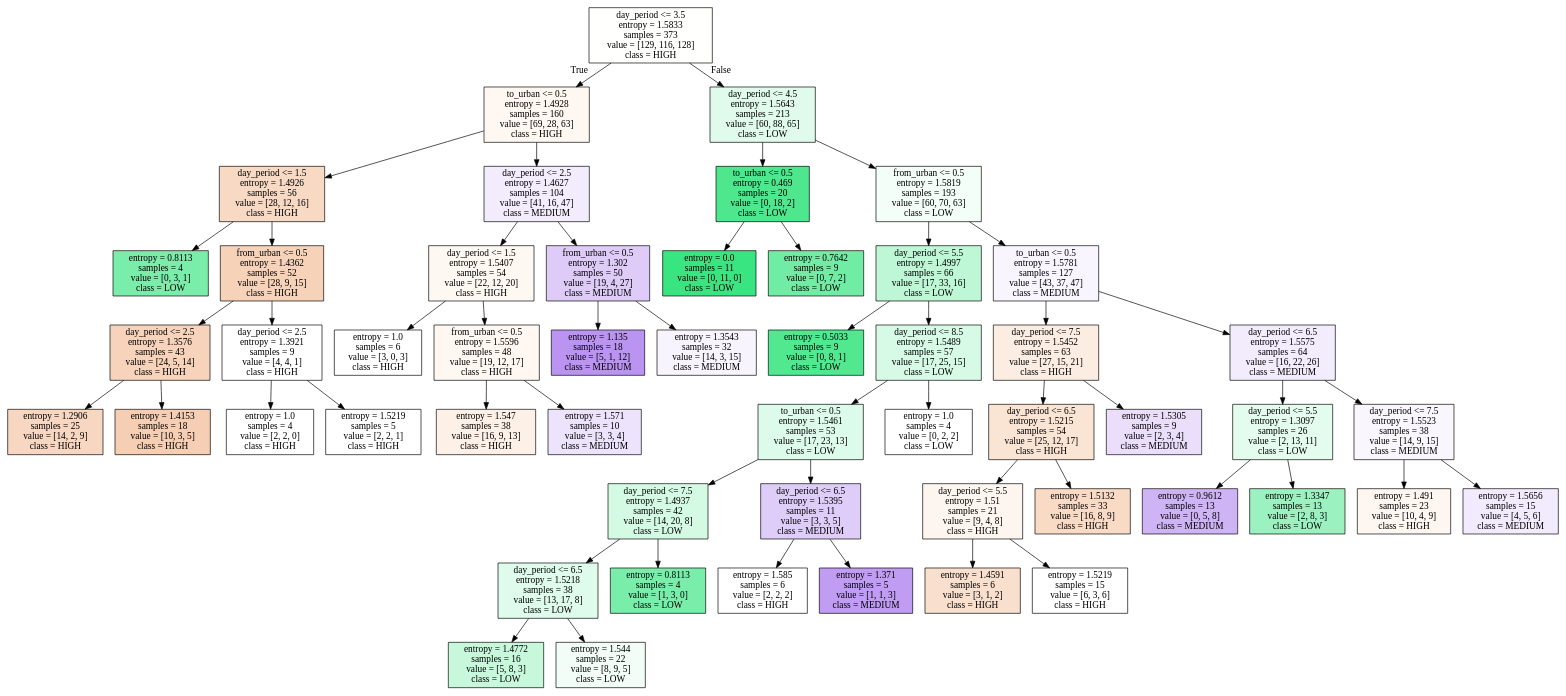
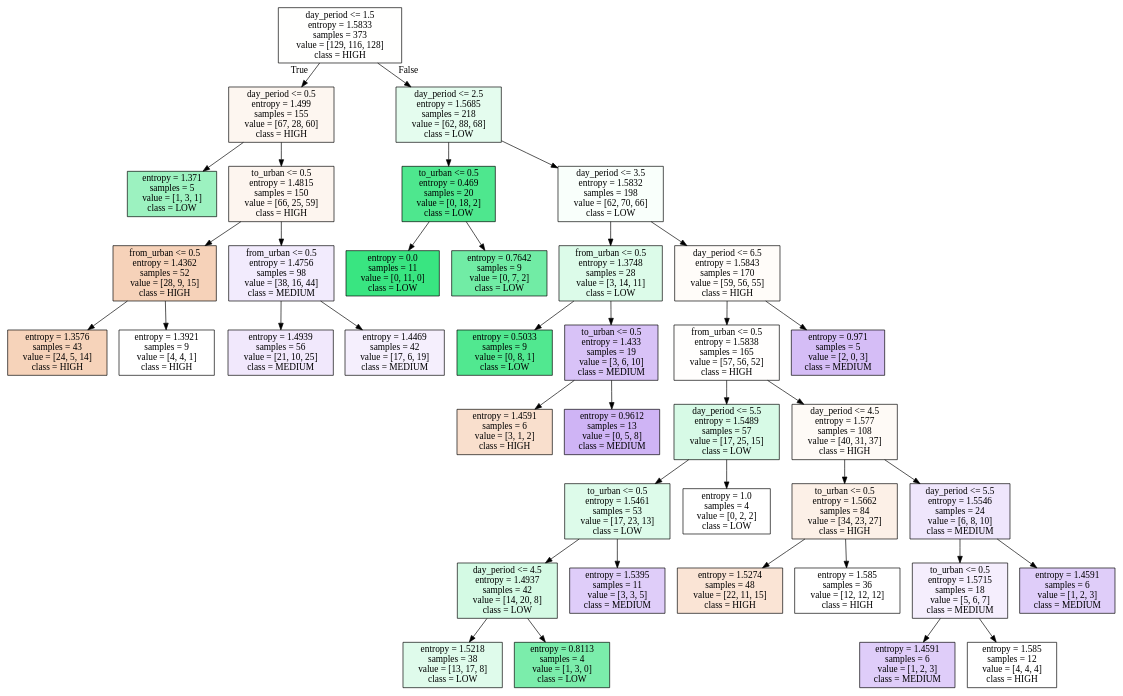
Before and after one commit to alexdaube/BelgianTrainsOccupancy: the diagram in MONDAY_iris.dot, drawn with Graphviz. The commit also changed 15 other files, not shown here.

```diff
--- a/MONDAY_iris.dot
+++ b/MONDAY_iris.dot
@@ -1,108 +1,80 @@
 digraph Tree {
 node [shape=box, style="filled", color="black"] ;
-0 [label="day_period <= 3.5\nentropy = 1.5833\nsamples = 373\nvalue = [129, 116, 128]\nclass = HIGH", fillcolor="#e5813901"] ;
-1 [label="to_urban <= 0.5\nentropy = 1.4928\nsamples = 160\nvalue = [69, 28, 63]\nclass = HIGH", fillcolor="#e5813910"] ;
+0 [label="day_period <= 1.5\nentropy = 1.5833\nsamples = 373\nvalue = [129, 116, 128]\nclass = HIGH", fillcolor="#e5813901"] ;
+1 [label="day_period <= 0.5\nentropy = 1.499\nsamples = 155\nvalue = [67, 28, 60]\nclass = HIGH", fillcolor="#e5813913"] ;
 0 -> 1 [labeldistance=2.5, labelangle=45, headlabel="True"] ;
-2 [label="day_period <= 1.5\nentropy = 1.4926\nsamples = 56\nvalue = [28, 12, 16]\nclass = HIGH", fillcolor="#e581394c"] ;
+2 [label="entropy = 1.371\nsamples = 5\nvalue = [1, 3, 1]\nclass = LOW", fillcolor="#39e5817f"] ;
 1 -> 2 ;
-3 [label="entropy = 0.8113\nsamples = 4\nvalue = [0, 3, 1]\nclass = LOW", fillcolor="#39e581aa"] ;
-2 -> 3 ;
+3 [label="to_urban <= 0.5\nentropy = 1.4815\nsamples = 150\nvalue = [66, 25, 59]\nclass = HIGH", fillcolor="#e5813914"] ;
+1 -> 3 ;
 4 [label="from_urban <= 0.5\nentropy = 1.4362\nsamples = 52\nvalue = [28, 9, 15]\nclass = HIGH", fillcolor="#e581395a"] ;
-2 -> 4 ;
-5 [label="day_period <= 2.5\nentropy = 1.3576\nsamples = 43\nvalue = [24, 5, 14]\nclass = HIGH", fillcolor="#e5813958"] ;
+3 -> 4 ;
+5 [label="entropy = 1.3576\nsamples = 43\nvalue = [24, 5, 14]\nclass = HIGH", fillcolor="#e5813958"] ;
 4 -> 5 ;
-6 [label="entropy = 1.2906\nsamples = 25\nvalue = [14, 2, 9]\nclass = HIGH", fillcolor="#e5813950"] ;
-5 -> 6 ;
-7 [label="entropy = 1.4153\nsamples = 18\nvalue = [10, 3, 5]\nclass = HIGH", fillcolor="#e5813962"] ;
-5 -> 7 ;
-8 [label="day_period <= 2.5\nentropy = 1.3921\nsamples = 9\nvalue = [4, 4, 1]\nclass = HIGH", fillcolor="#e5813900"] ;
-4 -> 8 ;
-9 [label="entropy = 1.0\nsamples = 4\nvalue = [2, 2, 0]\nclass = HIGH", fillcolor="#e5813900"] ;
-8 -> 9 ;
-10 [label="entropy = 1.5219\nsamples = 5\nvalue = [2, 2, 1]\nclass = HIGH", fillcolor="#e5813900"] ;
-8 -> 10 ;
-11 [label="day_period <= 2.5\nentropy = 1.4627\nsamples = 104\nvalue = [41, 16, 47]\nclass = MEDIUM", fillcolor="#8139e518"] ;
-1 -> 11 ;
-12 [label="day_period <= 1.5\nentropy = 1.5407\nsamples = 54\nvalue = [22, 12, 20]\nclass = HIGH", fillcolor="#e581390f"] ;
+6 [label="entropy = 1.3921\nsamples = 9\nvalue = [4, 4, 1]\nclass = HIGH", fillcolor="#e5813900"] ;
+4 -> 6 ;
+7 [label="from_urban <= 0.5\nentropy = 1.4756\nsamples = 98\nvalue = [38, 16, 44]\nclass = MEDIUM", fillcolor="#8139e51a"] ;
+3 -> 7 ;
+8 [label="entropy = 1.4939\nsamples = 56\nvalue = [21, 10, 25]\nclass = MEDIUM", fillcolor="#8139e51d"] ;
+7 -> 8 ;
+9 [label="entropy = 1.4469\nsamples = 42\nvalue = [17, 6, 19]\nclass = MEDIUM", fillcolor="#8139e514"] ;
+7 -> 9 ;
+10 [label="day_period <= 2.5\nentropy = 1.5685\nsamples = 218\nvalue = [62, 88, 68]\nclass = LOW", fillcolor="#39e58122"] ;
+0 -> 10 [labeldistance=2.5, labelangle=-45, headlabel="False"] ;
+11 [label="to_urban <= 0.5\nentropy = 0.469\nsamples = 20\nvalue = [0, 18, 2]\nclass = LOW", fillcolor="#39e581e3"] ;
+10 -> 11 ;
+12 [label="entropy = 0.0\nsamples = 11\nvalue = [0, 11, 0]\nclass = LOW", fillcolor="#39e581ff"] ;
 11 -> 12 ;
-13 [label="entropy = 1.0\nsamples = 6\nvalue = [3, 0, 3]\nclass = HIGH", fillcolor="#e5813900"] ;
-12 -> 13 ;
-14 [label="from_urban <= 0.5\nentropy = 1.5596\nsamples = 48\nvalue = [19, 12, 17]\nclass = HIGH", fillcolor="#e5813910"] ;
-12 -> 14 ;
-15 [label="entropy = 1.547\nsamples = 38\nvalue = [16, 9, 13]\nclass = HIGH", fillcolor="#e581391f"] ;
+13 [label="entropy = 0.7642\nsamples = 9\nvalue = [0, 7, 2]\nclass = LOW", fillcolor="#39e581b6"] ;
+11 -> 13 ;
+14 [label="day_period <= 3.5\nentropy = 1.5832\nsamples = 198\nvalue = [62, 70, 66]\nclass = LOW", fillcolor="#39e58108"] ;
+10 -> 14 ;
+15 [label="from_urban <= 0.5\nentropy = 1.3748\nsamples = 28\nvalue = [3, 14, 11]\nclass = LOW", fillcolor="#39e5812d"] ;
 14 -> 15 ;
-16 [label="entropy = 1.571\nsamples = 10\nvalue = [3, 3, 4]\nclass = MEDIUM", fillcolor="#8139e524"] ;
-14 -> 16 ;
-17 [label="from_urban <= 0.5\nentropy = 1.302\nsamples = 50\nvalue = [19, 4, 27]\nclass = MEDIUM", fillcolor="#8139e542"] ;
-11 -> 17 ;
-18 [label="entropy = 1.135\nsamples = 18\nvalue = [5, 1, 12]\nclass = MEDIUM", fillcolor="#8139e589"] ;
+16 [label="entropy = 0.5033\nsamples = 9\nvalue = [0, 8, 1]\nclass = LOW", fillcolor="#39e581df"] ;
+15 -> 16 ;
+17 [label="to_urban <= 0.5\nentropy = 1.433\nsamples = 19\nvalue = [3, 6, 10]\nclass = MEDIUM", fillcolor="#8139e54e"] ;
+15 -> 17 ;
+18 [label="entropy = 1.4591\nsamples = 6\nvalue = [3, 1, 2]\nclass = HIGH", fillcolor="#e5813940"] ;
 17 -> 18 ;
-19 [label="entropy = 1.3543\nsamples = 32\nvalue = [14, 3, 15]\nclass = MEDIUM", fillcolor="#8139e50e"] ;
+19 [label="entropy = 0.9612\nsamples = 13\nvalue = [0, 5, 8]\nclass = MEDIUM", fillcolor="#8139e560"] ;
 17 -> 19 ;
-20 [label="day_period <= 4.5\nentropy = 1.5643\nsamples = 213\nvalue = [60, 88, 65]\nclass = LOW", fillcolor="#39e58128"] ;
-0 -> 20 [labeldistance=2.5, labelangle=-45, headlabel="False"] ;
-21 [label="to_urban <= 0.5\nentropy = 0.469\nsamples = 20\nvalue = [0, 18, 2]\nclass = LOW", fillcolor="#39e581e3"] ;
+20 [label="day_period <= 6.5\nentropy = 1.5843\nsamples = 170\nvalue = [59, 56, 55]\nclass = HIGH", fillcolor="#e5813907"] ;
+14 -> 20 ;
+21 [label="from_urban <= 0.5\nentropy = 1.5838\nsamples = 165\nvalue = [57, 56, 52]\nclass = HIGH", fillcolor="#e5813902"] ;
 20 -> 21 ;
-22 [label="entropy = 0.0\nsamples = 11\nvalue = [0, 11, 0]\nclass = LOW", fillcolor="#39e581ff"] ;
+22 [label="day_period <= 5.5\nentropy = 1.5489\nsamples = 57\nvalue = [17, 25, 15]\nclass = LOW", fillcolor="#39e58133"] ;
 21 -> 22 ;
-23 [label="entropy = 0.7642\nsamples = 9\nvalue = [0, 7, 2]\nclass = LOW", fillcolor="#39e581b6"] ;
-21 -> 23 ;
-24 [label="from_urban <= 0.5\nentropy = 1.5819\nsamples = 193\nvalue = [60, 70, 63]\nclass = LOW", fillcolor="#39e5810e"] ;
-20 -> 24 ;
-25 [label="day_period <= 5.5\nentropy = 1.4997\nsamples = 66\nvalue = [17, 33, 16]\nclass = LOW", fillcolor="#39e58153"] ;
+23 [label="to_urban <= 0.5\nentropy = 1.5461\nsamples = 53\nvalue = [17, 23, 13]\nclass = LOW", fillcolor="#39e5812b"] ;
+22 -> 23 ;
+24 [label="day_period <= 4.5\nentropy = 1.4937\nsamples = 42\nvalue = [14, 20, 8]\nclass = LOW", fillcolor="#39e58137"] ;
+23 -> 24 ;
+25 [label="entropy = 1.5218\nsamples = 38\nvalue = [13, 17, 8]\nclass = LOW", fillcolor="#39e58129"] ;
 24 -> 25 ;
-26 [label="entropy = 0.5033\nsamples = 9\nvalue = [0, 8, 1]\nclass = LOW", fillcolor="#39e581df"] ;
-25 -> 26 ;
-27 [label="day_period <= 8.5\nentropy = 1.5489\nsamples = 57\nvalue = [17, 25, 15]\nclass = LOW", fillcolor="#39e58133"] ;
-25 -> 27 ;
-28 [label="to_urban <= 0.5\nentropy = 1.5461\nsamples = 53\nvalue = [17, 23, 13]\nclass = LOW", fillcolor="#39e5812b"] ;
-27 -> 28 ;
-29 [label="day_period <= 7.5\nentropy = 1.4937\nsamples = 42\nvalue = [14, 20, 8]\nclass = LOW", fillcolor="#39e58137"] ;
-28 -> 29 ;
-30 [label="day_period <= 6.5\nentropy = 1.5218\nsamples = 38\nvalue = [13, 17, 8]\nclass = LOW", fillcolor="#39e58129"] ;
+26 [label="entropy = 0.8113\nsamples = 4\nvalue = [1, 3, 0]\nclass = LOW", fillcolor="#39e581aa"] ;
+24 -> 26 ;
+27 [label="entropy = 1.5395\nsamples = 11\nvalue = [3, 3, 5]\nclass = MEDIUM", fillcolor="#8139e540"] ;
+23 -> 27 ;
+28 [label="entropy = 1.0\nsamples = 4\nvalue = [0, 2, 2]\nclass = LOW", fillcolor="#39e58100"] ;
+22 -> 28 ;
+29 [label="day_period <= 4.5\nentropy = 1.577\nsamples = 108\nvalue = [40, 31, 37]\nclass = HIGH", fillcolor="#e581390b"] ;
+21 -> 29 ;
+30 [label="to_urban <= 0.5\nentropy = 1.5662\nsamples = 84\nvalue = [34, 23, 27]\nclass = HIGH", fillcolor="#e581391f"] ;
 29 -> 30 ;
-31 [label="entropy = 1.4772\nsamples = 16\nvalue = [5, 8, 3]\nclass = LOW", fillcolor="#39e58146"] ;
+31 [label="entropy = 1.5274\nsamples = 48\nvalue = [22, 11, 15]\nclass = HIGH", fillcolor="#e5813936"] ;
 30 -> 31 ;
-32 [label="entropy = 1.544\nsamples = 22\nvalue = [8, 9, 5]\nclass = LOW", fillcolor="#39e58112"] ;
+32 [label="entropy = 1.585\nsamples = 36\nvalue = [12, 12, 12]\nclass = HIGH", fillcolor="#e5813900"] ;
 30 -> 32 ;
-33 [label="entropy = 0.8113\nsamples = 4\nvalue = [1, 3, 0]\nclass = LOW", fillcolor="#39e581aa"] ;
+33 [label="day_period <= 5.5\nentropy = 1.5546\nsamples = 24\nvalue = [6, 8, 10]\nclass = MEDIUM", fillcolor="#8139e520"] ;
 29 -> 33 ;
-34 [label="day_period <= 6.5\nentropy = 1.5395\nsamples = 11\nvalue = [3, 3, 5]\nclass = MEDIUM", fillcolor="#8139e540"] ;
-28 -> 34 ;
-35 [label="entropy = 1.585\nsamples = 6\nvalue = [2, 2, 2]\nclass = HIGH", fillcolor="#e5813900"] ;
+34 [label="to_urban <= 0.5\nentropy = 1.5715\nsamples = 18\nvalue = [5, 6, 7]\nclass = MEDIUM", fillcolor="#8139e515"] ;
+33 -> 34 ;
+35 [label="entropy = 1.4591\nsamples = 6\nvalue = [1, 2, 3]\nclass = MEDIUM", fillcolor="#8139e540"] ;
 34 -> 35 ;
-36 [label="entropy = 1.371\nsamples = 5\nvalue = [1, 1, 3]\nclass = MEDIUM", fillcolor="#8139e57f"] ;
+36 [label="entropy = 1.585\nsamples = 12\nvalue = [4, 4, 4]\nclass = HIGH", fillcolor="#e5813900"] ;
 34 -> 36 ;
-37 [label="entropy = 1.0\nsamples = 4\nvalue = [0, 2, 2]\nclass = LOW", fillcolor="#39e58100"] ;
-27 -> 37 ;
-38 [label="to_urban <= 0.5\nentropy = 1.5781\nsamples = 127\nvalue = [43, 37, 47]\nclass = MEDIUM", fillcolor="#8139e50c"] ;
-24 -> 38 ;
-39 [label="day_period <= 7.5\nentropy = 1.5452\nsamples = 63\nvalue = [27, 15, 21]\nclass = HIGH", fillcolor="#e5813924"] ;
-38 -> 39 ;
-40 [label="day_period <= 6.5\nentropy = 1.5215\nsamples = 54\nvalue = [25, 12, 17]\nclass = HIGH", fillcolor="#e5813937"] ;
-39 -> 40 ;
-41 [label="day_period <= 5.5\nentropy = 1.51\nsamples = 21\nvalue = [9, 4, 8]\nclass = HIGH", fillcolor="#e5813914"] ;
-40 -> 41 ;
-42 [label="entropy = 1.4591\nsamples = 6\nvalue = [3, 1, 2]\nclass = HIGH", fillcolor="#e5813940"] ;
-41 -> 42 ;
-43 [label="entropy = 1.5219\nsamples = 15\nvalue = [6, 3, 6]\nclass = HIGH", fillcolor="#e5813900"] ;
-41 -> 43 ;
-44 [label="entropy = 1.5132\nsamples = 33\nvalue = [16, 8, 9]\nclass = HIGH", fillcolor="#e581394a"] ;
-40 -> 44 ;
-45 [label="entropy = 1.5305\nsamples = 9\nvalue = [2, 3, 4]\nclass = MEDIUM", fillcolor="#8139e52a"] ;
-39 -> 45 ;
-46 [label="day_period <= 6.5\nentropy = 1.5575\nsamples = 64\nvalue = [16, 22, 26]\nclass = MEDIUM", fillcolor="#8139e518"] ;
-38 -> 46 ;
-47 [label="day_period <= 5.5\nentropy = 1.3097\nsamples = 26\nvalue = [2, 13, 11]\nclass = LOW", fillcolor="#39e58122"] ;
-46 -> 47 ;
-48 [label="entropy = 0.9612\nsamples = 13\nvalue = [0, 5, 8]\nclass = MEDIUM", fillcolor="#8139e560"] ;
-47 -> 48 ;
-49 [label="entropy = 1.3347\nsamples = 13\nvalue = [2, 8, 3]\nclass = LOW", fillcolor="#39e58180"] ;
-47 -> 49 ;
-50 [label="day_period <= 7.5\nentropy = 1.5523\nsamples = 38\nvalue = [14, 9, 15]\nclass = MEDIUM", fillcolor="#8139e50b"] ;
-46 -> 50 ;
-51 [label="entropy = 1.491\nsamples = 23\nvalue = [10, 4, 9]\nclass = HIGH", fillcolor="#e5813912"] ;
-50 -> 51 ;
-52 [label="entropy = 1.5656\nsamples = 15\nvalue = [4, 5, 6]\nclass = MEDIUM", fillcolor="#8139e51a"] ;
-50 -> 52 ;
+37 [label="entropy = 1.4591\nsamples = 6\nvalue = [1, 2, 3]\nclass = MEDIUM", fillcolor="#8139e540"] ;
+33 -> 37 ;
+38 [label="entropy = 0.971\nsamples = 5\nvalue = [2, 0, 3]\nclass = MEDIUM", fillcolor="#8139e555"] ;
+20 -> 38 ;
 }
```
